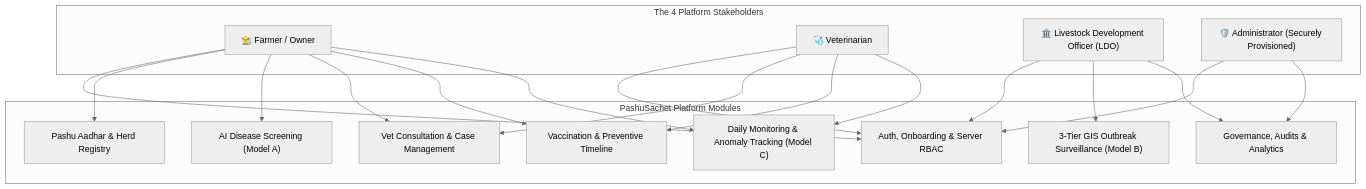
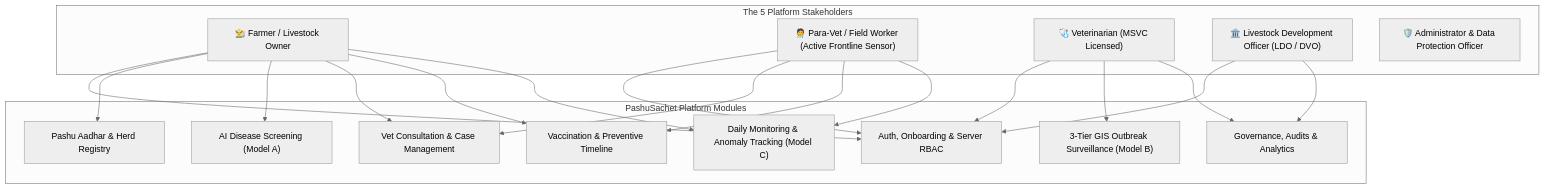
One commit to chetanbhagore/PashuSachet changed the second of 4 diagrams in plans.md. Above: the diagram before and after it, drawn with Mermaid (neutral theme). The commit also changed other lines of this file and 6 other files, not shown here.

Commit message:
feat: update plan suite with new core positioning, participatory sentinel architecture, and 5 differentiated pillars

````diff
--- a/plans.md
+++ b/plans.md
@@ -17,25 +97,26 @@
 ```mermaid
 graph TD
-    subgraph Roles["The 4 Platform Stakeholders"]
-        R1["👨‍🌾 Farmer / Owner"]
-        R2["🩺 Veterinarian"]
-        R3["🏛️ Livestock Development Officer (LDO)"]
-        R4["🛡️ Administrator (Securely Provisioned)"]
+    subgraph Roles["The 5 Platform Stakeholders"]
+        R1["👨‍🌾 Farmer / Livestock Owner"]
+        R2["🧑‍⚕️ Para-Vet / Field Worker (Active Frontline Sensor)"]
+        R3["🩺 Veterinarian (MSVC Licensed)"]
+        R4["🏛️ Livestock Development Officer (LDO / DVO)"]
+        R5["🛡️ Administrator & Data Protection Officer"]
     end
 
     subgraph CorePlatform["PashuSachet Platform Modules"]
         P1["Auth, Onboarding & Server RBAC"]
         P2["Pashu Aadhar & Herd Registry"]
         P3["AI Disease Screening (Model A)"]
         P4["Vet Consultation & Case Management"]
         P5["Vaccination & Preventive Timeline"]
         P6["3-Tier GIS Outbreak Surveillance (Model B)"]
         P7["Daily Monitoring & Anomaly Tracking (Model C)"]
         P8["Governance, Audits & Analytics"]
     end
 
     R1 --> P1 & P2 & P3 & P4 & P5 & P7
     R2 --> P1 & P4 & P5 & P7
     R3 --> P1 & P6 & P8
     R4 --> P1 & P8
 ```
````
